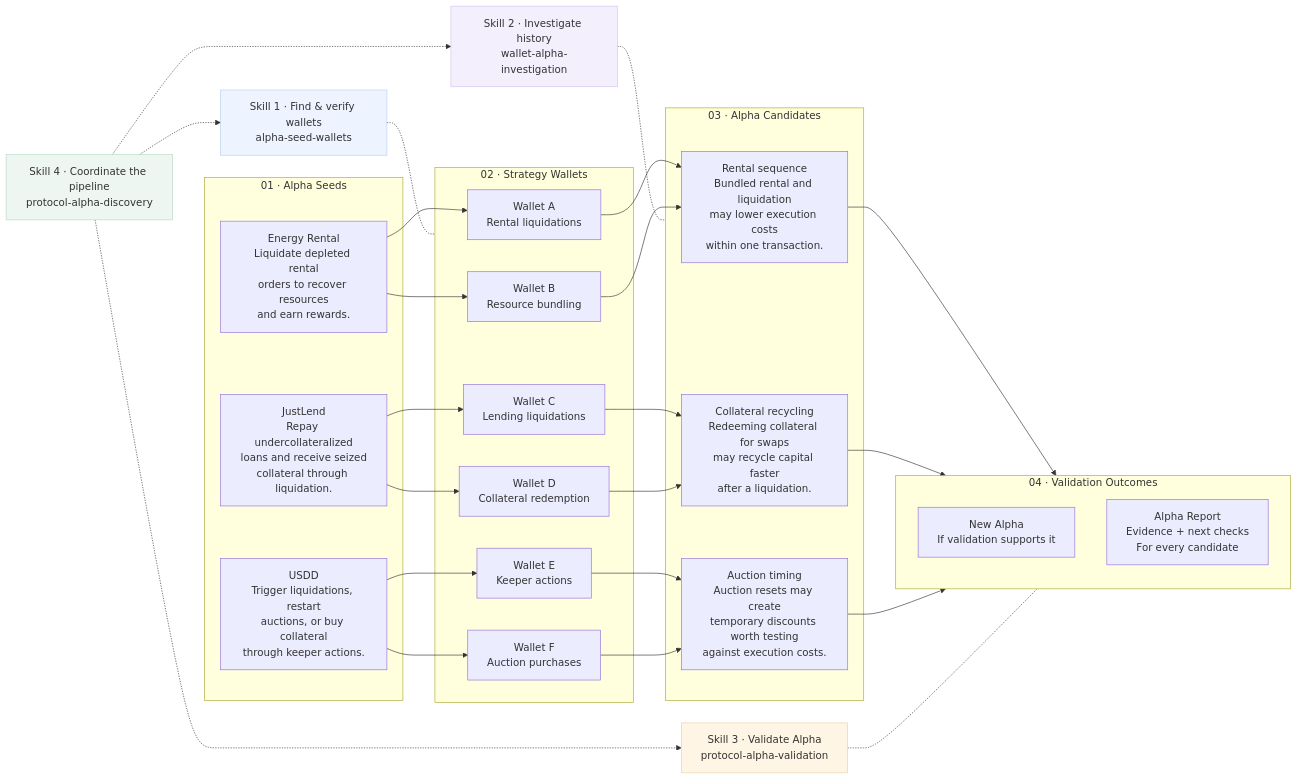
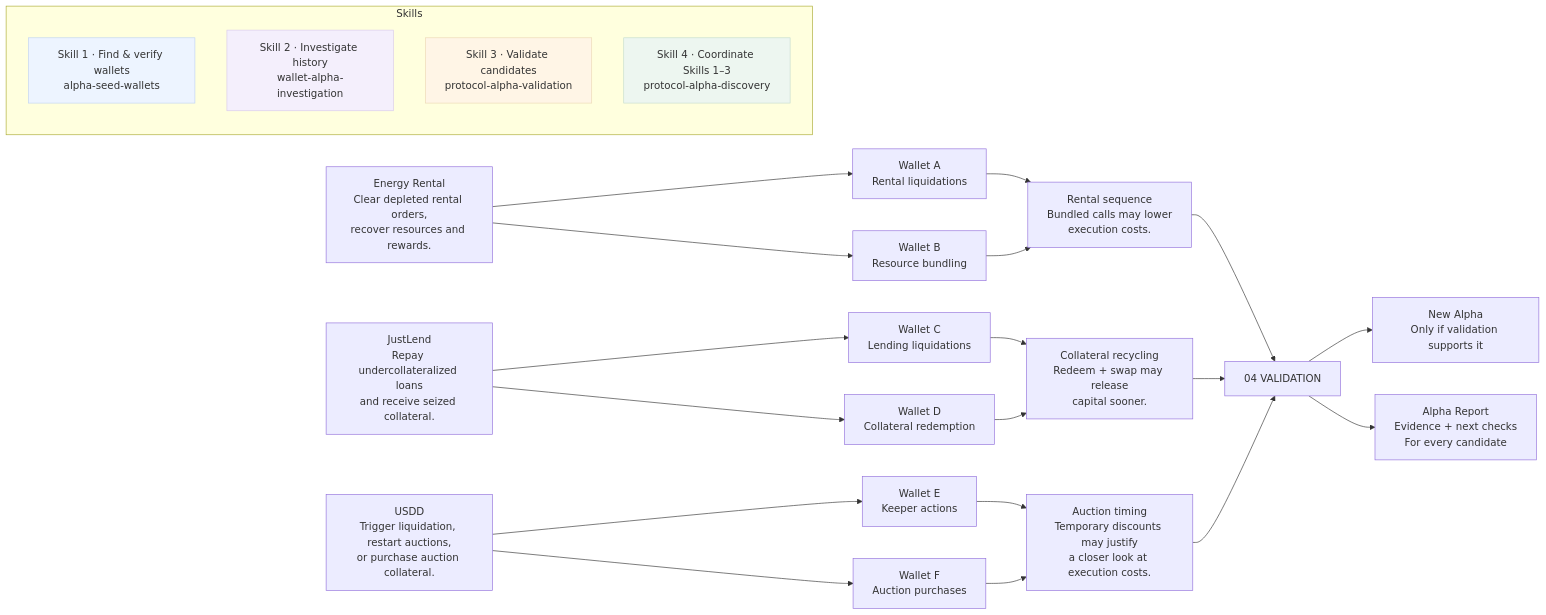
The diagram in docs/diagrams/system-architecture-en.mmd (qinyh10300/protocol-alpha-finder), drawn with Mermaid before and after one commit. The commit also changed 16 other files, not shown here.

Commit message:
docs: redraw research pipeline and add database diagrams

```diff
--- a/docs/diagrams/system-architecture-en.mmd
+++ b/docs/diagrams/system-architecture-en.mmd
@@ -1,53 +1,44 @@
-%% Skill 1 labels six seed-to-wallet arrows once. Wallets are illustrative.
+%% Skill labels belong below the flow in the SVG illustration.
 flowchart LR
-    subgraph SEEDS["01 · Alpha Seeds"]
-        SEEDS0["Energy Rental<br/>Liquidate depleted rental<br/>orders to recover resources<br/>and earn rewards."]
-        SEEDS1["JustLend<br/>Repay undercollateralized<br/>loans and receive seized<br/>collateral through liquidation."]
-        SEEDS2["USDD<br/>Trigger liquidations, restart<br/>auctions, or buy collateral<br/>through keeper actions."]
+    SEED0["Energy Rental<br/>Clear depleted rental orders,<br/>recover resources and rewards."]
+    SEED1["JustLend<br/>Repay undercollateralized loans<br/>and receive seized collateral."]
+    SEED2["USDD<br/>Trigger liquidation, restart auctions,<br/>or purchase auction collateral."]
+    WALLET0["Wallet A<br/>Rental liquidations"]
+    WALLET1["Wallet B<br/>Resource bundling"]
+    WALLET2["Wallet C<br/>Lending liquidations"]
+    WALLET3["Wallet D<br/>Collateral redemption"]
+    WALLET4["Wallet E<br/>Keeper actions"]
+    WALLET5["Wallet F<br/>Auction purchases"]
+    CANDIDATE0["Rental sequence<br/>Bundled calls may lower<br/>execution costs."]
+    CANDIDATE1["Collateral recycling<br/>Redeem + swap may release<br/>capital sooner."]
+    CANDIDATE2["Auction timing<br/>Temporary discounts may justify<br/>a closer look at execution costs."]
+    SEED0 --> WALLET0
+    WALLET0 --> CANDIDATE0
+    SEED0 --> WALLET1
+    WALLET1 --> CANDIDATE0
+    CANDIDATE0 --> VALIDATION
+    SEED1 --> WALLET2
+    WALLET2 --> CANDIDATE1
+    SEED1 --> WALLET3
+    WALLET3 --> CANDIDATE1
+    CANDIDATE1 --> VALIDATION
+    SEED2 --> WALLET4
+    WALLET4 --> CANDIDATE2
+    SEED2 --> WALLET5
+    WALLET5 --> CANDIDATE2
+    CANDIDATE2 --> VALIDATION
+    VALIDATION["04  VALIDATION"]
+    NEW["New Alpha<br/>Only if validation supports it"]
+    REPORT["Alpha Report<br/>Evidence + next checks<br/>For every candidate"]
+    VALIDATION --> NEW
+    VALIDATION --> REPORT
+    subgraph SKILLS["Skills"]
+        S0["Skill 1 · Find & verify wallets<br/>alpha-seed-wallets"]
+        S1["Skill 2 · Investigate history<br/>wallet-alpha-investigation"]
+        S2["Skill 3 · Validate candidates<br/>protocol-alpha-validation"]
+        S3["Skill 4 · Coordinate Skills 1–3<br/>protocol-alpha-discovery"]
     end
-    subgraph WALLETS["02 · Strategy Wallets"]
-        WALLETS0["Wallet A<br/>Rental liquidations"]
-        WALLETS1["Wallet B<br/>Resource bundling"]
-        WALLETS2["Wallet C<br/>Lending liquidations"]
-        WALLETS3["Wallet D<br/>Collateral redemption"]
-        WALLETS4["Wallet E<br/>Keeper actions"]
-        WALLETS5["Wallet F<br/>Auction purchases"]
-    end
-    subgraph CANDIDATES["03 · Alpha Candidates"]
-        CANDIDATES0["Rental sequence<br/>Bundled rental and liquidation<br/>may lower execution costs<br/>within one transaction."]
-        CANDIDATES1["Collateral recycling<br/>Redeeming collateral for swaps<br/>may recycle capital faster<br/>after a liquidation."]
-        CANDIDATES2["Auction timing<br/>Auction resets may create<br/>temporary discounts worth testing<br/>against execution costs."]
-    end
-    subgraph RESULTS["04 · Validation Outcomes"]
-        ALPHA["New Alpha<br/>If validation supports it"]
-        REPORT["Alpha Report<br/>Evidence + next checks<br/>For every candidate"]
-    end
-    SEEDS0 --> WALLETS0
-    WALLETS0 --> CANDIDATES0
-    SEEDS0 --> WALLETS1
-    WALLETS1 --> CANDIDATES0
-    CANDIDATES0 --> RESULTS
-    SEEDS1 --> WALLETS2
-    WALLETS2 --> CANDIDATES1
-    SEEDS1 --> WALLETS3
-    WALLETS3 --> CANDIDATES1
-    CANDIDATES1 --> RESULTS
-    SEEDS2 --> WALLETS4
-    WALLETS4 --> CANDIDATES2
-    SEEDS2 --> WALLETS5
-    WALLETS5 --> CANDIDATES2
-    CANDIDATES2 --> RESULTS
-    S0["Skill 1 · Find & verify wallets<br/>alpha-seed-wallets"]
-    style S0 fill:#edf4ff,stroke:#b7cff5
-    S1["Skill 2 · Investigate history<br/>wallet-alpha-investigation"]
-    style S1 fill:#f4effc,stroke:#d3c2ee
-    S2["Skill 3 · Validate Alpha<br/>protocol-alpha-validation"]
-    style S2 fill:#fff5e5,stroke:#ecd1a2
-    S3["Skill 4 · Coordinate the pipeline<br/>protocol-alpha-discovery"]
-    style S3 fill:#edf6f0,stroke:#bad8c6
-    S0 -.- WALLETS
-    S1 -.- CANDIDATES
-    S2 -.- RESULTS
-    S3 -.-> S0
-    S3 -.-> S1
-    S3 -.-> S2
+    style S0 fill:#edf4ff,stroke:#bfd3f2
+    style S1 fill:#f4effc,stroke:#d8caec
+    style S2 fill:#fff5e6,stroke:#ecd8b5
+    style S3 fill:#edf6f0,stroke:#c5ddce
```
